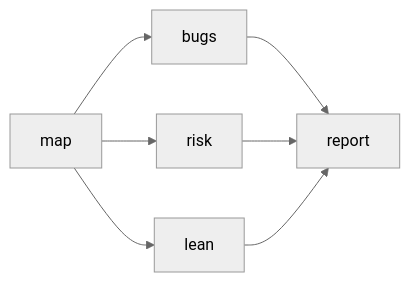
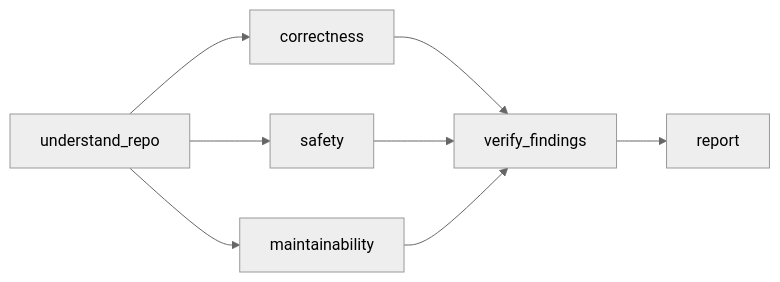
Before and after one commit to genai-io/san: the diagram in examples/workflows/ponytail-audit.md, drawn with Mermaid (neutral theme). The commit also changed other lines of this file and 2 other files, not shown here.

````diff
--- a/examples/workflows/ponytail-audit.md
+++ b/examples/workflows/ponytail-audit.md
@@ -7,4 +12,4 @@
 ```mermaid
 flowchart LR
-  map --> bugs & risk & lean --> report
+  understand_repo --> correctness & safety & maintainability --> verify_findings --> report
 ```
````
